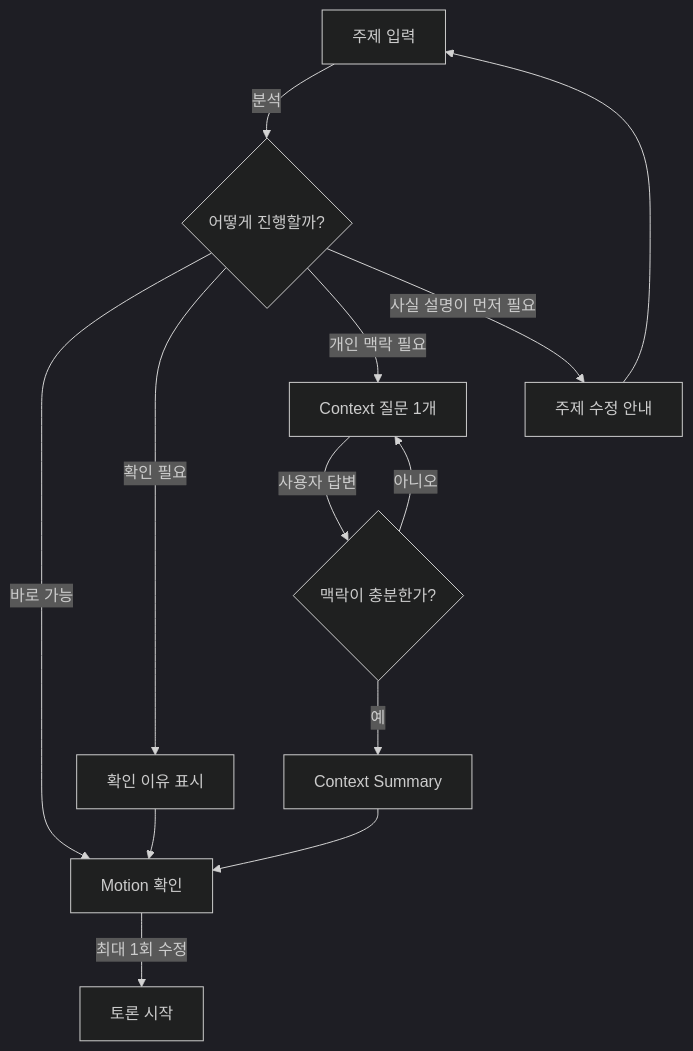
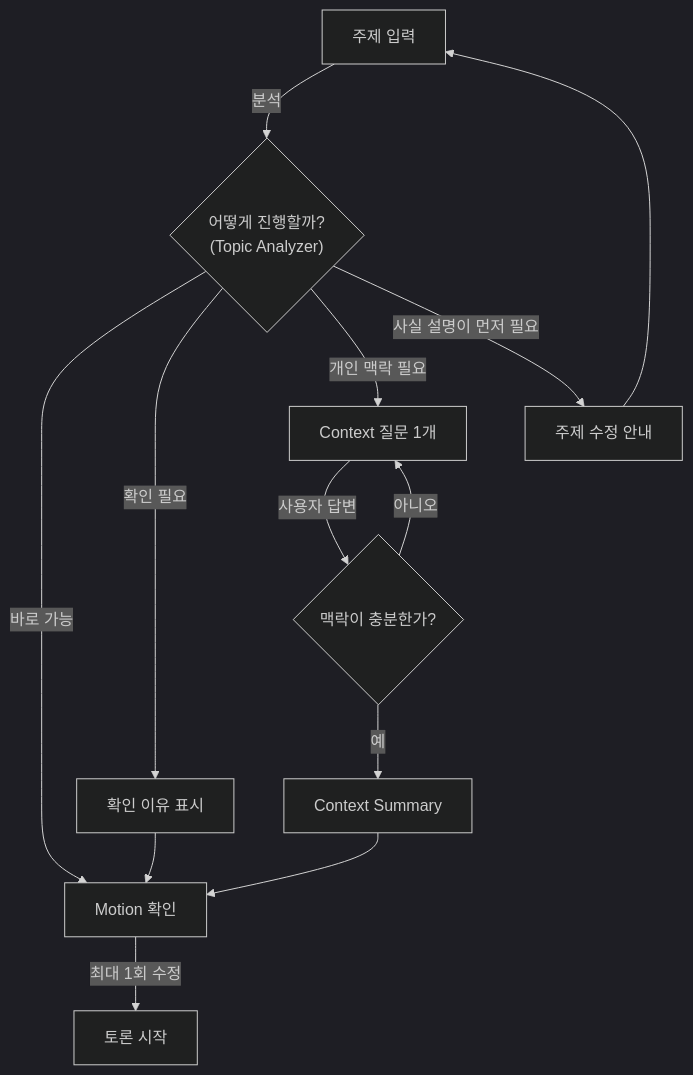
The first of 11 diagrams in README.md (hodob/A1-3), drawn with Mermaid (dark theme) before and after one commit.

Commit message:
Label Topic Analyzer in product flow diagram

````diff
--- a/README.md
+++ b/README.md
@@ -32,17 +32,17 @@
 ```mermaid
 flowchart TD
-    A[주제 입력] -->|분석| B{어떻게 진행할까?}
+    A[주제 입력] -->|분석| B{"어떻게 진행할까?<br/>(Topic Analyzer)"}
     B -->|바로 가능| M[Motion 확인]
     B -->|확인 필요| C[확인 이유 표시]
     C --> M
 
     B -->|개인 맥락 필요| D[Context 질문 1개]
     D -->|사용자 답변| E{맥락이 충분한가?}
     E -->|아니오| D
     E -->|예| F[Context Summary]
     F --> M
 
     B -->|사실 설명이 먼저 필요| I[주제 수정 안내]
     I --> A
     M -->|최대 1회 수정| Z[토론 시작]
 ```
````
